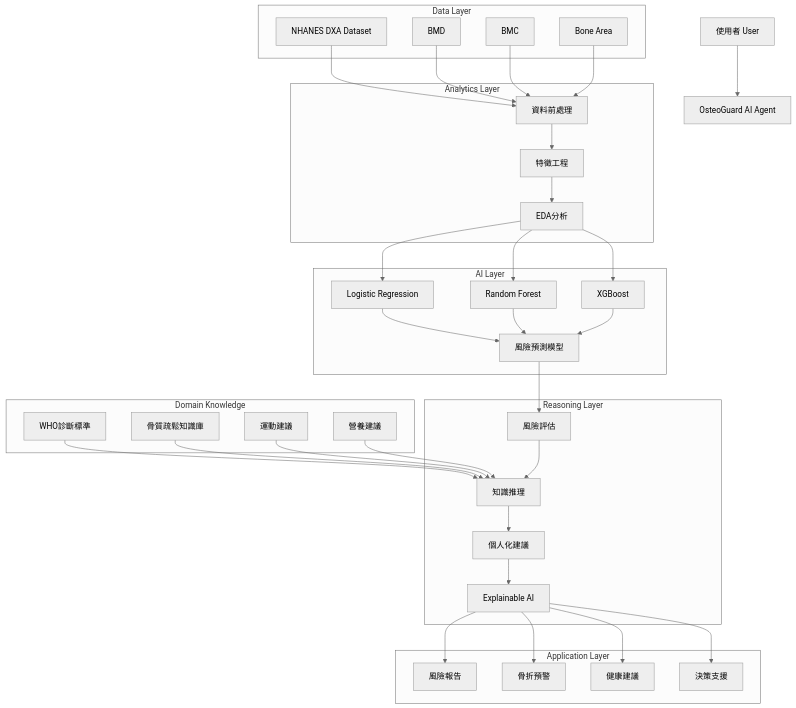
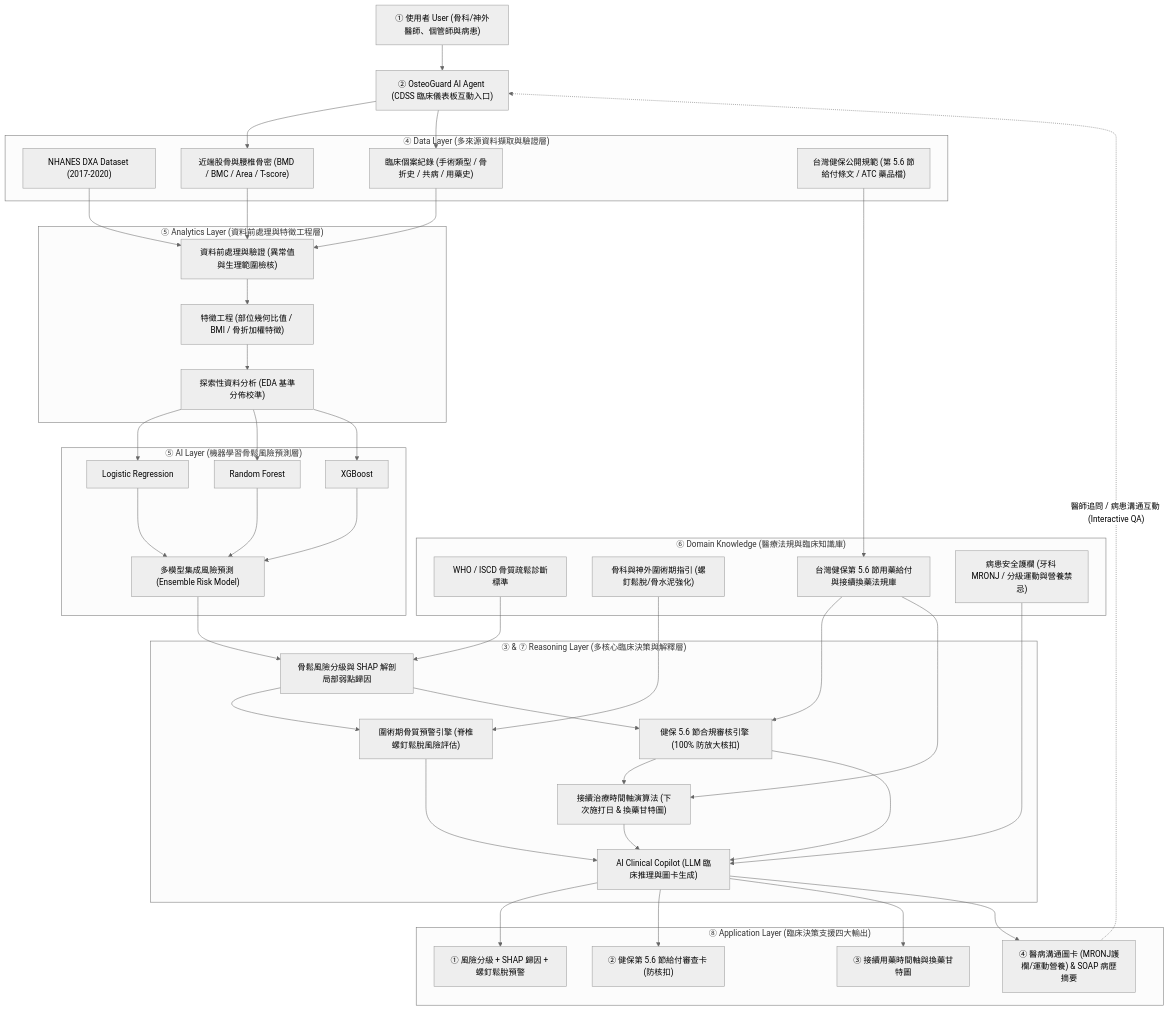
One commit to contemplator/nchu-bone-health-agent changed the first of 2 diagrams in README.md. Above: the diagram before and after it, drawn with Mermaid (neutral theme). The commit also changed other lines of this file and 2 other files, not shown here.

````diff
--- a/README.md
+++ b/README.md
@@ -69,53 +75,56 @@
 ```mermaid
 flowchart TD
 
-A[使用者 User] --> B[OsteoGuard AI Agent]
+A["① 使用者 User (骨科/神外醫師、個管師與病患)"] --> B["② OsteoGuard AI Agent (CDSS 臨床儀表板互動入口)"]
 
-subgraph Data Layer
-C[NHANES DXA Dataset]
-D[BMD]
-E[BMC]
-F[Bone Area]
+subgraph Data_Layer ["④ Data Layer (多來源資料擷取與驗證層)"]
+C["NHANES DXA Dataset (2017-2020)"]
+D["近端股骨與腰椎骨密 (BMD / BMC / Area / T-score)"]
+E["臨床個案紀錄 (手術類型 / 骨折史 / 共病 / 用藥史)"]
+F["台灣健保公開規範 (第 5.6 節給付條文 / ATC 藥品檔)"]
 end
 
-subgraph Analytics Layer
-G[資料前處理]
-H[特徵工程]
-I[EDA分析]
+subgraph Analytics_Layer ["⑤ Analytics Layer (資料前處理與特徵工程層)"]
+G["資料前處理與驗證 (異常值與生理範圍檢核)"]
+H["特徵工程 (部位幾何比值 / BMI / 骨折加權特徵)"]
+I["探索性資料分析 (EDA 基準分佈校準)"]
 end
 
-subgraph AI Layer
-J[Logistic Regression]
-K[Random Forest]
-L[XGBoost]
-M[風險預測模型]
+subgraph AI_Layer ["⑤ AI Layer (機器學習骨鬆風險預測層)"]
+J["Logistic Regression"]
+K["Random Forest"]
+L["XGBoost"]
+M["多模型集成風險預測 (Ensemble Risk Model)"]
 end
 
-subgraph Domain Knowledge
-N[WHO診斷標準]
-O[骨質疏鬆知識庫]
-P[運動建議]
-Q[營養建議]
+subgraph Domain_Knowledge ["⑥ Domain Knowledge (醫療法規與臨床知識庫)"]
+N["WHO / ISCD 骨質疏鬆診斷標準"]
+O["骨科與神外圍術期指引 (螺釘鬆脫/骨水泥強化)"]
+P["台灣健保第 5.6 節用藥給付與接續換藥法規庫"]
+Q["病患安全護欄 (牙科 MRONJ / 分級運動與營養禁忌)"]
 end
 
-subgraph Reasoning Layer
-R[風險評估]
-S[知識推理]
-T[個人化建議]
-U[Explainable AI]
+subgraph Reasoning_Layer ["③ & ⑦ Reasoning Layer (多核心臨床決策與解釋層)"]
+R["骨鬆風險分級與 SHAP 解剖局部弱點歸因"]
+S["圍術期骨質預警引擎 (脊椎螺釘鬆脫風險評估)"]
+T["健保 5.6 節合規審核引擎 (100% 防放大核扣)"]
+U["接續治療時間軸演算法 (下次施打日 & 換藥甘特圖)"]
+V["AI Clinical Copilot (LLM 臨床推理與圖卡生成)"]
 end
 
-subgraph Application Layer
-V[風險報告]
-W[骨折預警]
-X[健康建議]
-Y[決策支援]
+subgraph Application_Layer ["⑧ Application Layer (臨床決策支援四大輸出)"]
+W1["① 風險分級 + SHAP 歸因 + 螺釘鬆脫預警"]
+W2["② 健保第 5.6 節給付審查卡 (防核扣)"]
+W3["③ 接續用藥時間軸與換藥甘特圖"]
+W4["④ 醫病溝通圖卡 (MRONJ護欄/運動營養) & SOAP 病歷摘要"]
 end
 
+B --> D
+B --> E
 C --> G
 D --> G
 E --> G
-F --> G
+F --> P
 
 G --> H --> I
 I --> J
@@ -127,15 +136,22 @@
 L --> M
 
 M --> R
-N --> S
+N --> R
 O --> S
-P --> S
-Q --> S
+P --> T
+P --> U
+Q --> V
 
-R --> S --> T --> U
+R --> S
+R --> T
+T --> U
+S --> V
+T --> V
+U --> V
 
-U --> V
-U --> W
-U --> X
-U --> Y
+V --> W1
+V --> W2
+V --> W3
+V --> W4
+W4 -. "醫師追問 / 病患溝通互動 (Interactive QA)" .-> B
 ```
````
